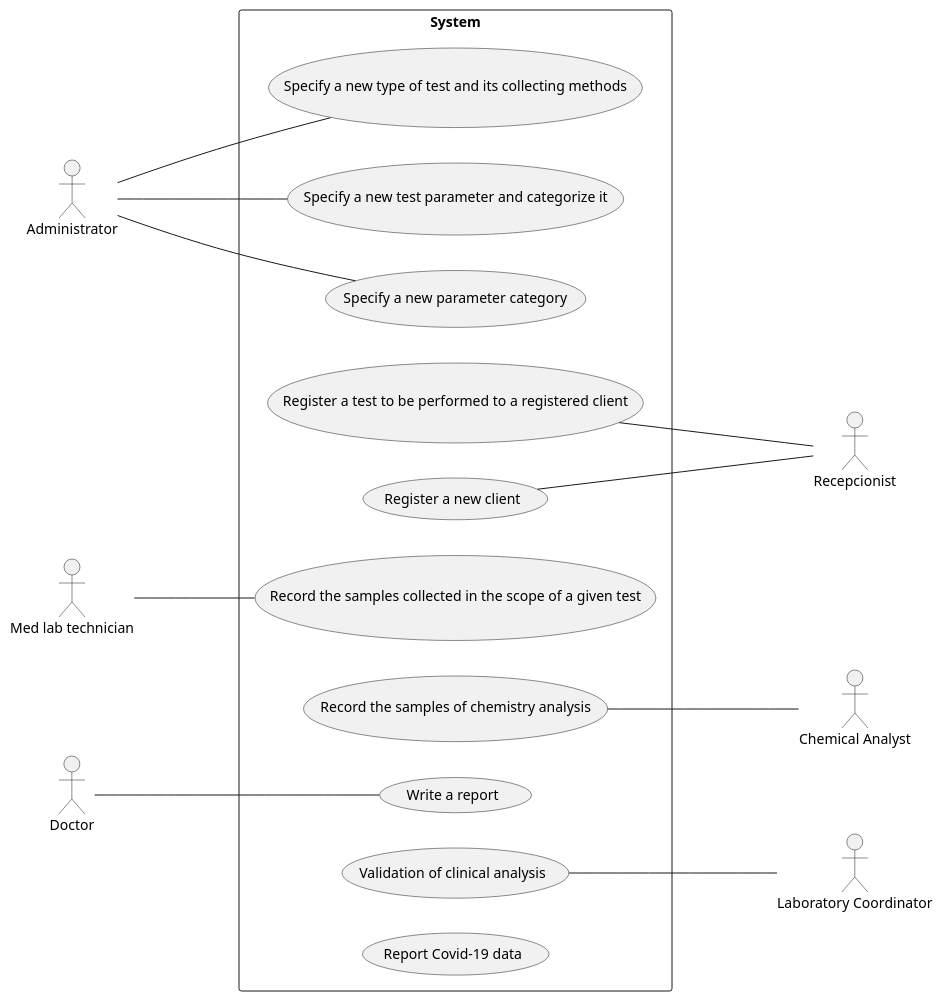
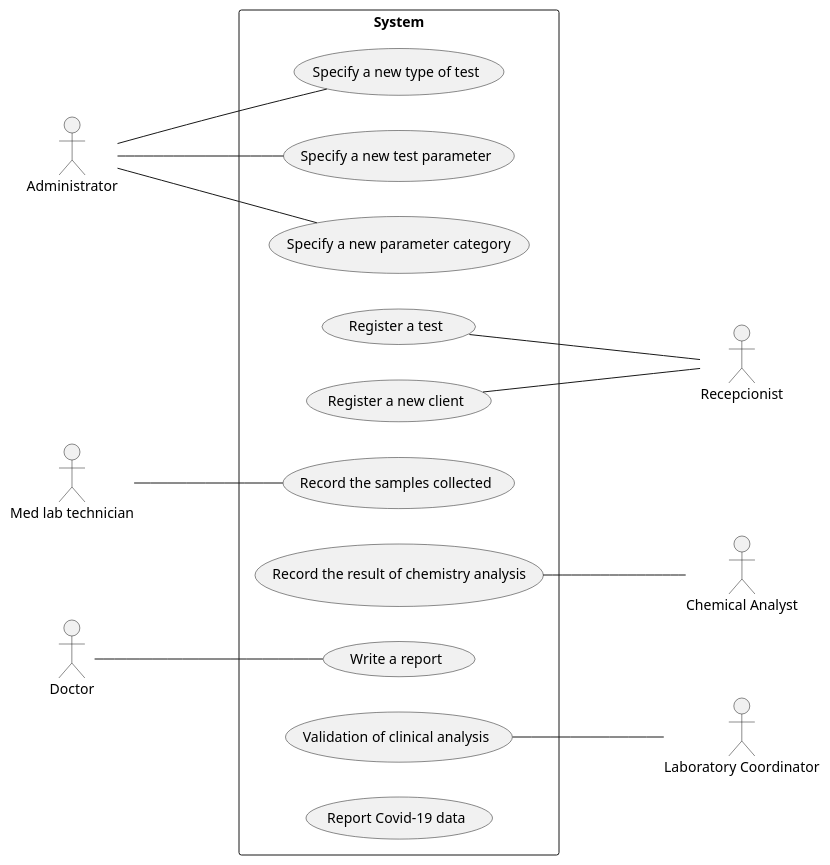
Before and after one commit to manu-07-ela/LAPR2_ISEP: the diagram in docs/SprintA/Artifacts/USExample/UCD.puml, drawn with PlantUML. The commit also changed 2 other files, not shown here.

```diff
--- a/docs/SprintA/Artifacts/USExample/UCD.puml
+++ b/docs/SprintA/Artifacts/USExample/UCD.puml
@@ -1,39 +1,39 @@
 @startuml
 'https://plantuml.com/use-case-diagram
 left to right direction
 actor "Administrator" as Adm
 actor "Recepcionist" as Recp
 actor "Med lab technician" as MedLab
 actor "Doctor" as Doc
 actor "Chemical Analyst" as chemAna
 actor "Laboratory Coordinator" as LabCod
 
 
 rectangle System{
-usecase "Specify a new type of test and its collecting methods" as UC1
-usecase "Specify a new test parameter and categorize it" as UC2
-usecase "Specify a new parameter category" as UC3
-usecase "Register a test to be performed to a registered client" as UC4
-usecase "Register a new client" as UC6
-usecase "Record the samples collected in the scope of a given test" as UC5
-usecase "Record the samples of chemistry analysis" as UC7
-usecase "Write a report" as UC8
-usecase "Validation of clinical analysis" as UC9
-usecase "Report Covid-19 data" as UC10
+usecase "Specify a new type of test" as UC9
+usecase "Specify a new test parameter" as UC10
+usecase "Specify a new parameter category" as UC11
+usecase "Register a test" as UC4
+usecase "Register a new client" as UC1
+usecase "Record the samples collected" as UC5
+usecase "Record the result of chemistry analysis" as UC6
+usecase "Write a report" as UC12
+usecase "Validation of clinical analysis" as UC13
+usecase "Report Covid-19 data" as UC14
 }
-Adm --- UC1
-Adm --- UC2
-Adm --- UC3
+Adm --- UC9
+Adm --- UC10
+Adm --- UC11
 UC4 --- Recp
-UC6 --- Recp
+UC1 --- Recp
 MedLab --- UC5
-Doc --- UC8
-UC7  --- chemAna
-UC9 --- LabCod
+Doc --- UC12
+UC6  --- chemAna
+UC13 --- LabCod
 
 
 
 
 
 
 @enduml
```
